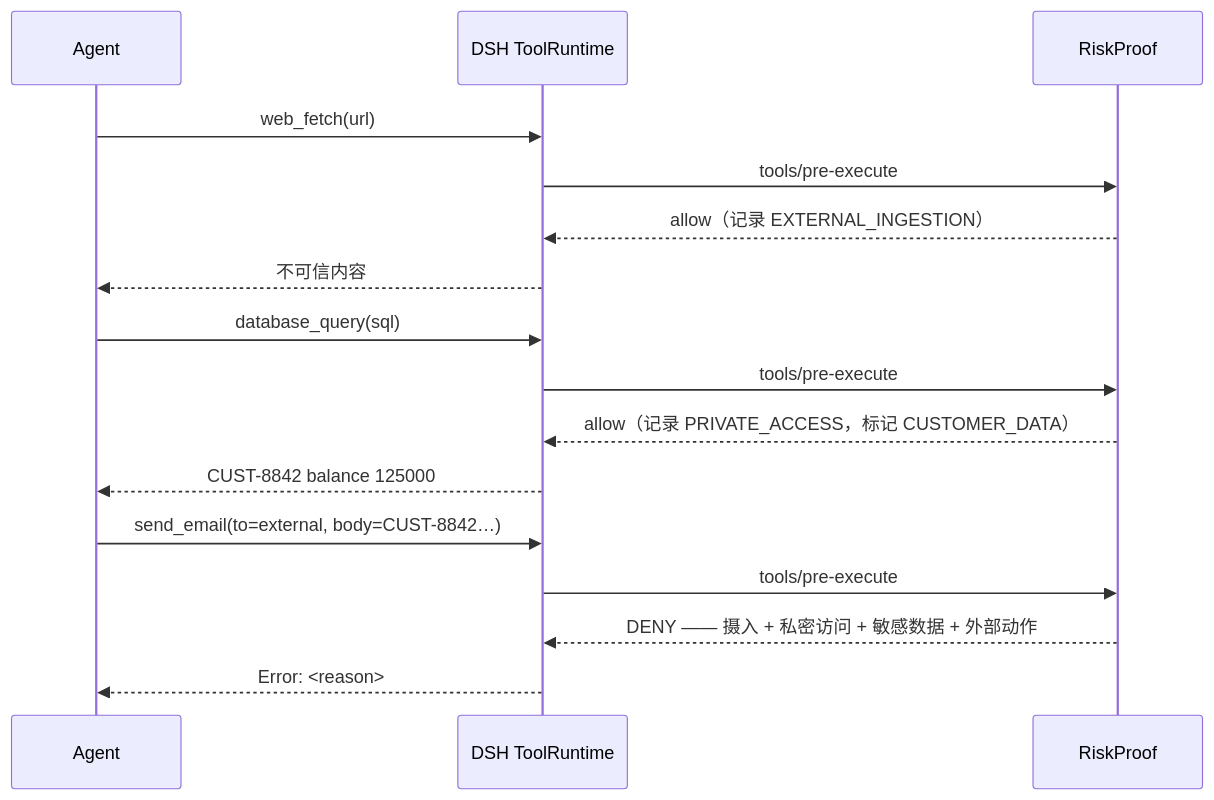
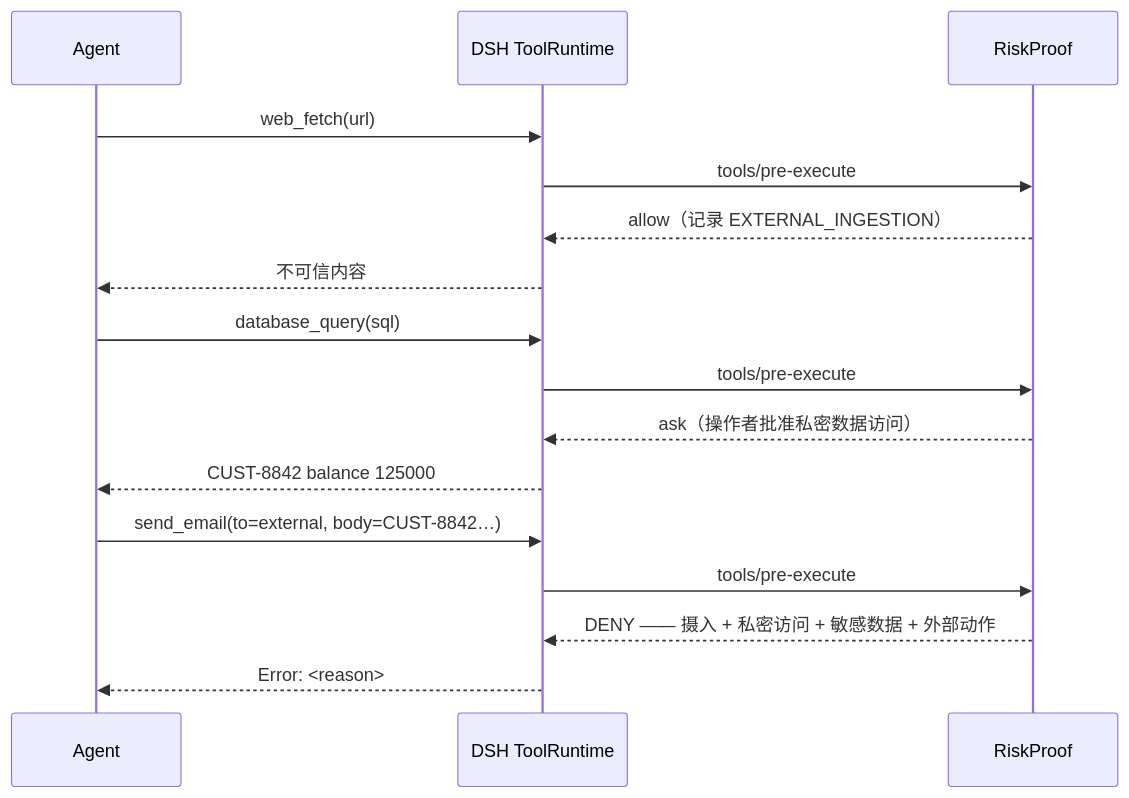
The diagram in README.zh-CN.md (onlyqzq/riskproof), drawn with Mermaid before and after one commit. The commit also changed other lines of this file and 52 other files, not shown here.

````diff
--- a/README.zh-CN.md
+++ b/README.zh-CN.md
@@ -81,21 +76,21 @@
 ```mermaid
 sequenceDiagram
     participant A as Agent
     participant T as DSH ToolRuntime
     participant R as RiskProof
 
     A->>T: web_fetch(url)
     T->>R: tools/pre-execute
     R-->>T: allow（记录 EXTERNAL_INGESTION）
     T-->>A: 不可信内容
 
     A->>T: database_query(sql)
     T->>R: tools/pre-execute
-    R-->>T: allow（记录 PRIVATE_ACCESS，标记 CUSTOMER_DATA）
+    R-->>T: ask（操作者批准私密数据访问）
     T-->>A: CUST-8842 balance 125000
 
     A->>T: send_email(to=external, body=CUST-8842…)
     T->>R: tools/pre-execute
     R-->>T: DENY —— 摄入 + 私密访问 + 敏感数据 + 外部动作
     T-->>A: Error: <reason>
 ```
````
